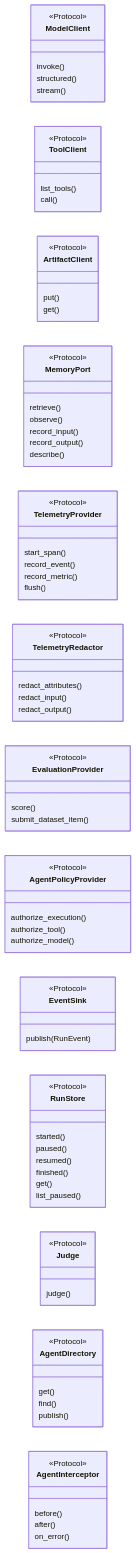
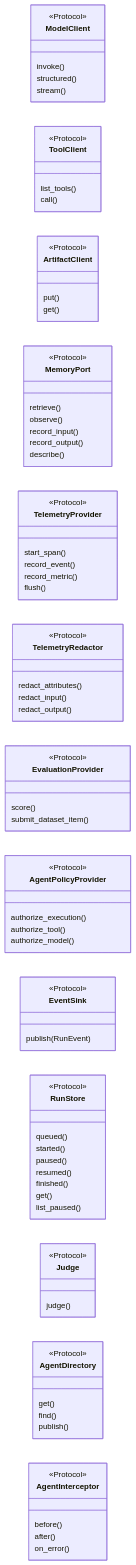
One commit to amitmohapatra/agent-contracts changed the second of 3 diagrams in README.md. Above: the diagram before and after it, drawn with Mermaid. The commit also changed other lines of this file and 5 other files, not shown here.

````diff
--- a/README.md
+++ b/README.md
@@ -117,81 +133,82 @@
 ```mermaid
 classDiagram
   direction LR
   class ModelClient {
     <<Protocol>>
     invoke()
     structured()
     stream()
   }
   class ToolClient {
     <<Protocol>>
     list_tools()
     call()
   }
   class ArtifactClient {
     <<Protocol>>
     put()
     get()
   }
   class MemoryPort {
     <<Protocol>>
     retrieve()
     observe()
     record_input()
     record_output()
     describe()
   }
   class TelemetryProvider {
     <<Protocol>>
     start_span()
     record_event()
     record_metric()
     flush()
   }
   class TelemetryRedactor {
     <<Protocol>>
     redact_attributes()
     redact_input()
     redact_output()
   }
   class EvaluationProvider {
     <<Protocol>>
     score()
     submit_dataset_item()
   }
   class AgentPolicyProvider {
     <<Protocol>>
     authorize_execution()
     authorize_tool()
     authorize_model()
   }
   class EventSink {
     <<Protocol>>
     publish(RunEvent)
   }
   class RunStore {
     <<Protocol>>
+    queued()
     started()
     paused()
     resumed()
     finished()
     get()
     list_paused()
   }
   class Judge {
     <<Protocol>>
     judge()
   }
   class AgentDirectory {
     <<Protocol>>
     get()
     find()
     publish()
   }
   class AgentInterceptor {
     <<Protocol>>
     before()
     after()
     on_error()
   }
 ```
````
